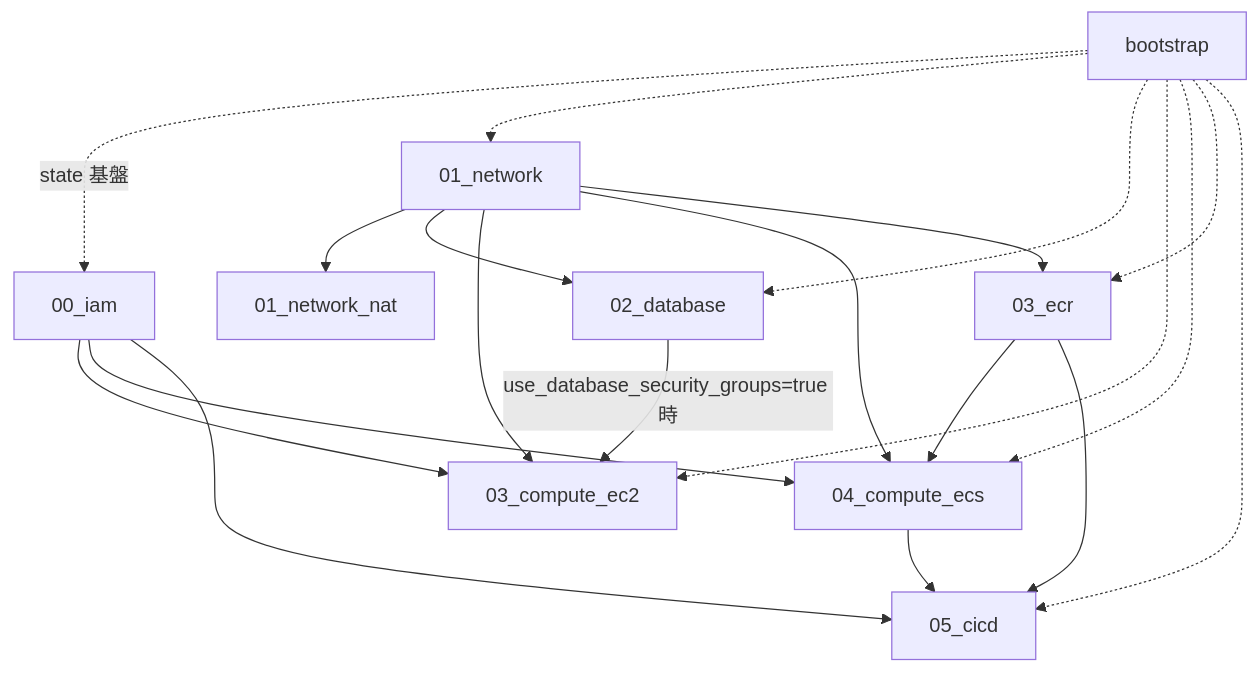
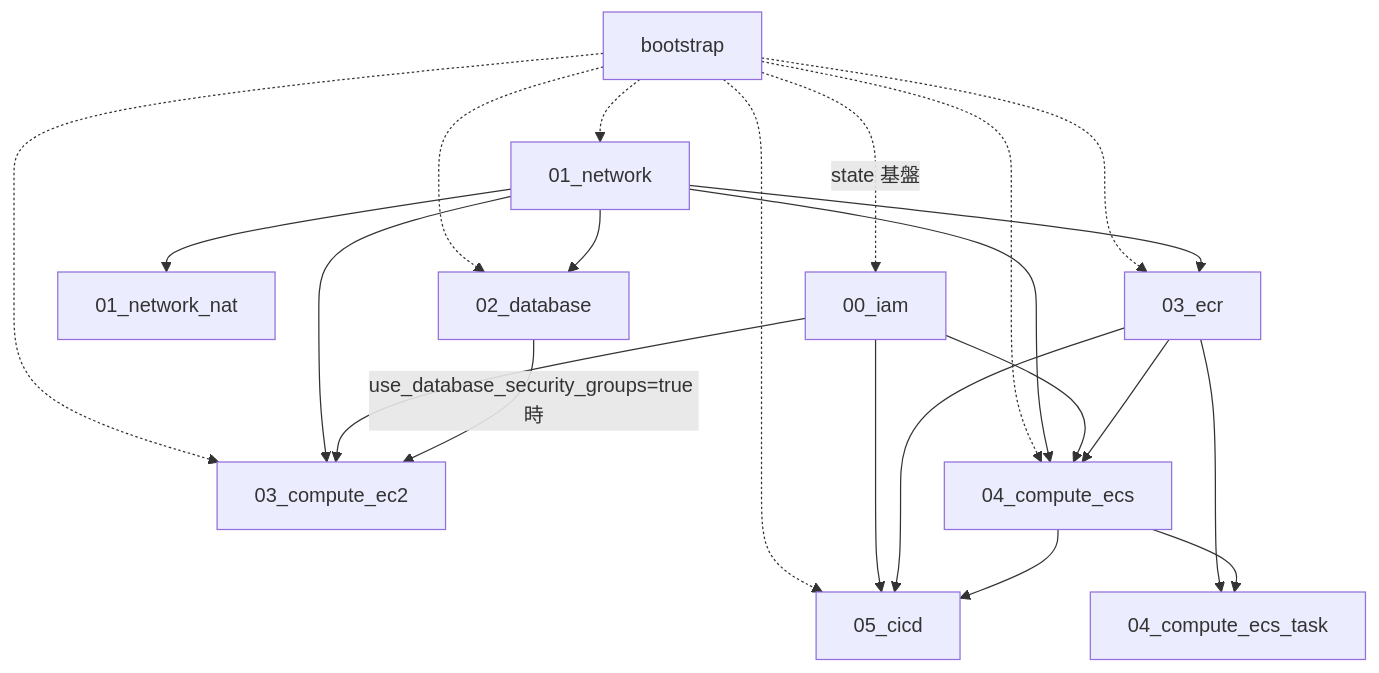
The second of 2 diagrams in README.md (r-fukuda-git/r-fukuda-terraform), drawn with Mermaid before and after one commit. The commit also changed other lines of this file and 18 other files, not shown here.

````diff
--- a/README.md
+++ b/README.md
@@ -101,33 +102,36 @@
 ```mermaid
 flowchart TD
   bootstrap[bootstrap]
   iam[00_iam]
   network[01_network]
   network_nat[01_network_nat]
   database[02_database]
   ec2[03_compute_ec2]
   ecr[03_ecr]
   ecs[04_compute_ecs]
+  ecs_task[04_compute_ecs_task]
   cicd[05_cicd]
 
   bootstrap -.->|state 基盤| iam
   bootstrap -.-> network
   bootstrap -.-> database
   bootstrap -.-> ec2
   bootstrap -.-> ecs
   bootstrap -.-> ecr
   bootstrap -.-> cicd
 
   network --> network_nat
   network --> database
   network --> ec2
   network --> ecs
   network --> ecr
   iam --> ec2
   iam --> ecs
   iam --> cicd
   database -->|use_database_security_groups=true 時| ec2
   ecr --> ecs
+  ecr --> ecs_task
   ecr --> cicd
+  ecs --> ecs_task
   ecs --> cicd
 ```
````
